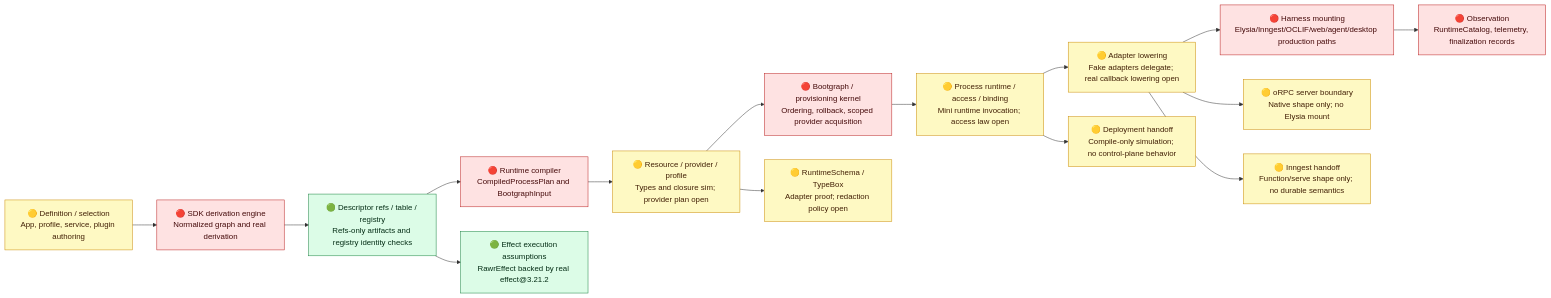
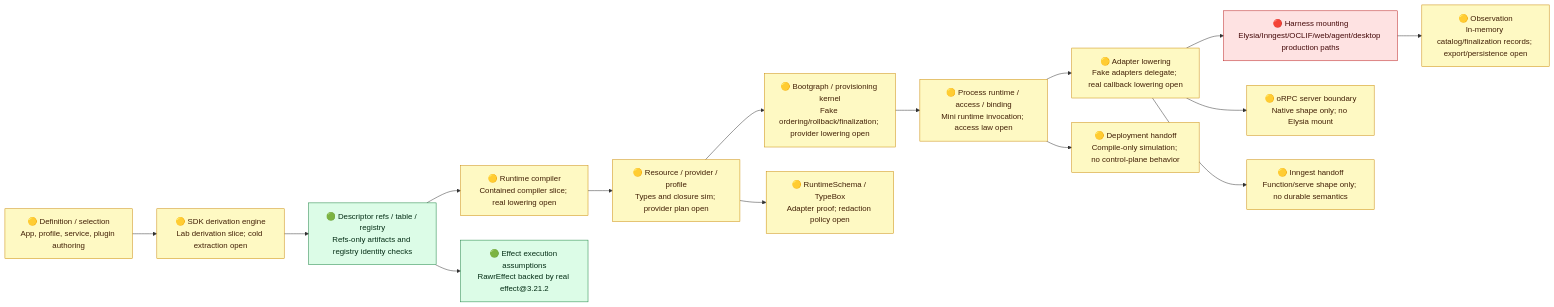
The diagram in tools/runtime-realization-type-env/evidence/runtime-spine-verification-diagnostic.md (rawr-ai/rawr-hq-template), drawn with Mermaid before and after one commit. The commit also changed other lines of this file and 28 other files, not shown here.

````diff
--- a/tools/runtime-realization-type-env/evidence/runtime-spine-verification-diagnostic.md
+++ b/tools/runtime-realization-type-env/evidence/runtime-spine-verification-diagnostic.md
@@ -19,25 +19,25 @@
 ```mermaid
 flowchart LR
-  A["🟡 Definition / selection<br/>App, profile, service, plugin authoring"] --> B["🔴 SDK derivation engine<br/>Normalized graph and real derivation"]
+  A["🟡 Definition / selection<br/>App, profile, service, plugin authoring"] --> B["🟡 SDK derivation engine<br/>Lab derivation slice; cold extraction open"]
   B --> C["🟢 Descriptor refs / table / registry<br/>Refs-only artifacts and registry identity checks"]
-  C --> D["🔴 Runtime compiler<br/>CompiledProcessPlan and BootgraphInput"]
+  C --> D["🟡 Runtime compiler<br/>Contained compiler slice; real lowering open"]
   D --> E["🟡 Resource / provider / profile<br/>Types and closure sim; provider plan open"]
-  E --> F["🔴 Bootgraph / provisioning kernel<br/>Ordering, rollback, scoped provider acquisition"]
+  E --> F["🟡 Bootgraph / provisioning kernel<br/>Fake ordering/rollback/finalization; provider lowering open"]
   F --> G["🟡 Process runtime / access / binding<br/>Mini runtime invocation; access law open"]
   G --> H["🟡 Adapter lowering<br/>Fake adapters delegate; real callback lowering open"]
   H --> I["🔴 Harness mounting<br/>Elysia/Inngest/OCLIF/web/agent/desktop production paths"]
-  I --> J["🔴 Observation<br/>RuntimeCatalog, telemetry, finalization records"]
+  I --> J["🟡 Observation<br/>In-memory catalog/finalization records; export/persistence open"]
 
   C --> K["🟢 Effect execution assumptions<br/>RawrEffect backed by real effect@3.21.2"]
   E --> L["🟡 RuntimeSchema / TypeBox<br/>Adapter proof; redaction policy open"]
   H --> M["🟡 oRPC server boundary<br/>Native shape only; no Elysia mount"]
   H --> N["🟡 Inngest handoff<br/>Function/serve shape only; no durable semantics"]
   G --> O["🟡 Deployment handoff<br/>Compile-only simulation; no control-plane behavior"]
 
   classDef green fill:#dcfce7,stroke:#15803d,color:#052e16;
   classDef yellow fill:#fef9c3,stroke:#ca8a04,color:#422006;
   classDef red fill:#fee2e2,stroke:#b91c1c,color:#450a0a;
   class C,K green;
-  class A,E,G,H,L,M,N,O yellow;
-  class B,D,F,I,J red;
+  class A,B,D,E,F,G,H,J,L,M,N,O yellow;
+  class I red;
 ```
````
